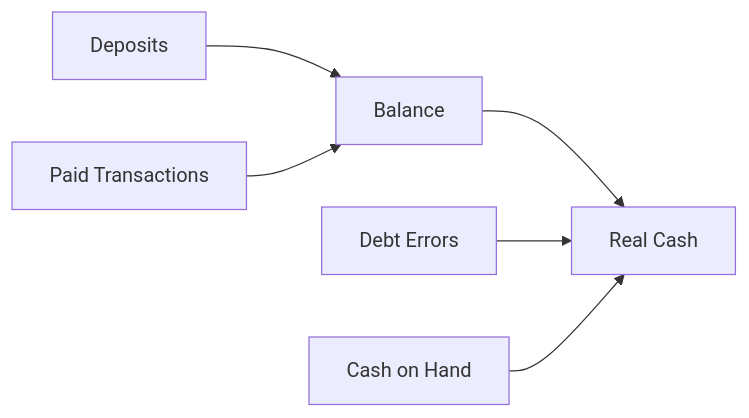
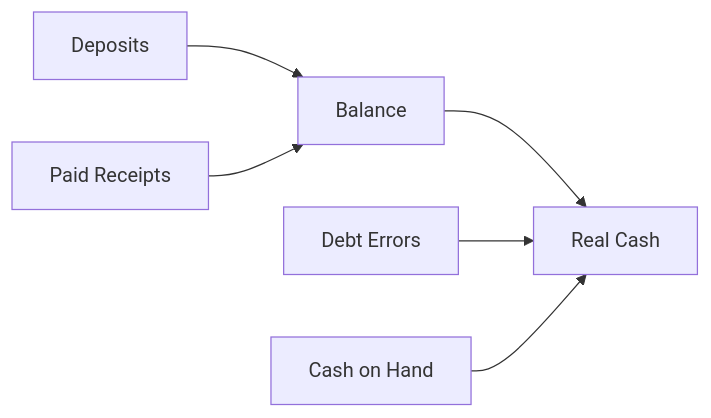
The seventh of 8 diagrams in docs/TECHNICAL_DOCUMENTATION.md (fandap42/uctenky-app), drawn with Mermaid before and after one commit. The commit also changed other lines of this file and 3 other files, not shown here.

````diff
--- a/docs/TECHNICAL_DOCUMENTATION.md
+++ b/docs/TECHNICAL_DOCUMENTATION.md
@@ -431,8 +515,8 @@
 ```mermaid
 flowchart LR
     D[Deposits] --> B[Balance]
-    T[Paid Transactions] --> B
+    T[Paid Receipts] --> B
     B --> RC[Real Cash]
     DE[Debt Errors] --> RC
     COH[Cash on Hand] --> RC
 ```
````
